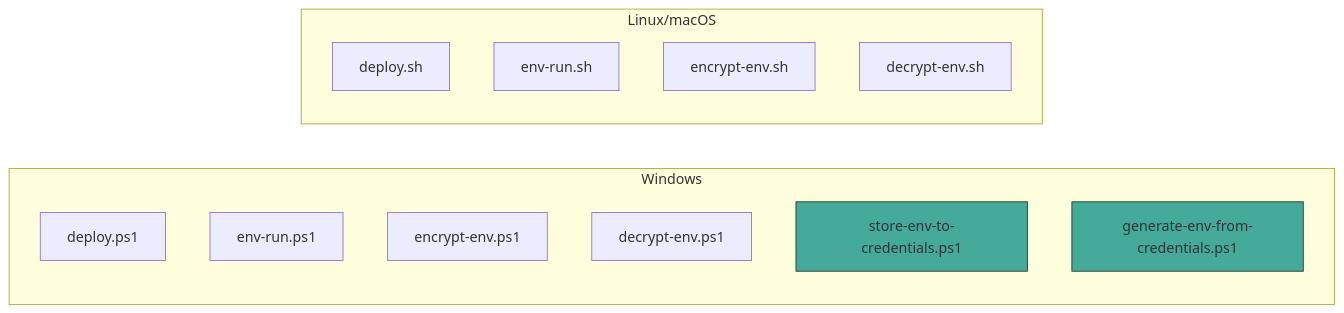
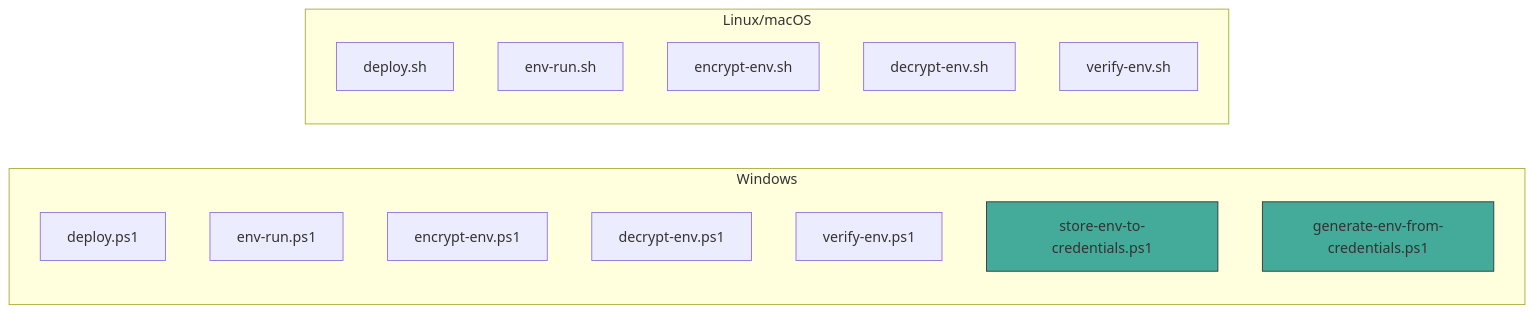
The second of 2 diagrams in docs/ai/implementation/knowledge-env-workflow-scripts.md (Grebec-IT/secure-env-handle), drawn with Mermaid before and after one commit. The commit also changed other lines of this file and 4 other files, not shown here.

````diff
--- a/docs/ai/implementation/knowledge-env-workflow-scripts.md
+++ b/docs/ai/implementation/knowledge-env-workflow-scripts.md
@@ -181,21 +243,23 @@
 ```mermaid
 graph LR
     subgraph Windows
         D1[deploy.ps1]
         E1[env-run.ps1]
         EN1[encrypt-env.ps1]
         DE1[decrypt-env.ps1]
+        V1[verify-env.ps1]
         S1[store-env-to-credentials.ps1]
         G1[generate-env-from-credentials.ps1]
     end
 
     subgraph Linux/macOS
         D2[deploy.sh]
         E2[env-run.sh]
         EN2[encrypt-env.sh]
         DE2[decrypt-env.sh]
+        V2[verify-env.sh]
     end
 
     style S1 fill:#4a9,stroke:#333
     style G1 fill:#4a9,stroke:#333
 ```
````
